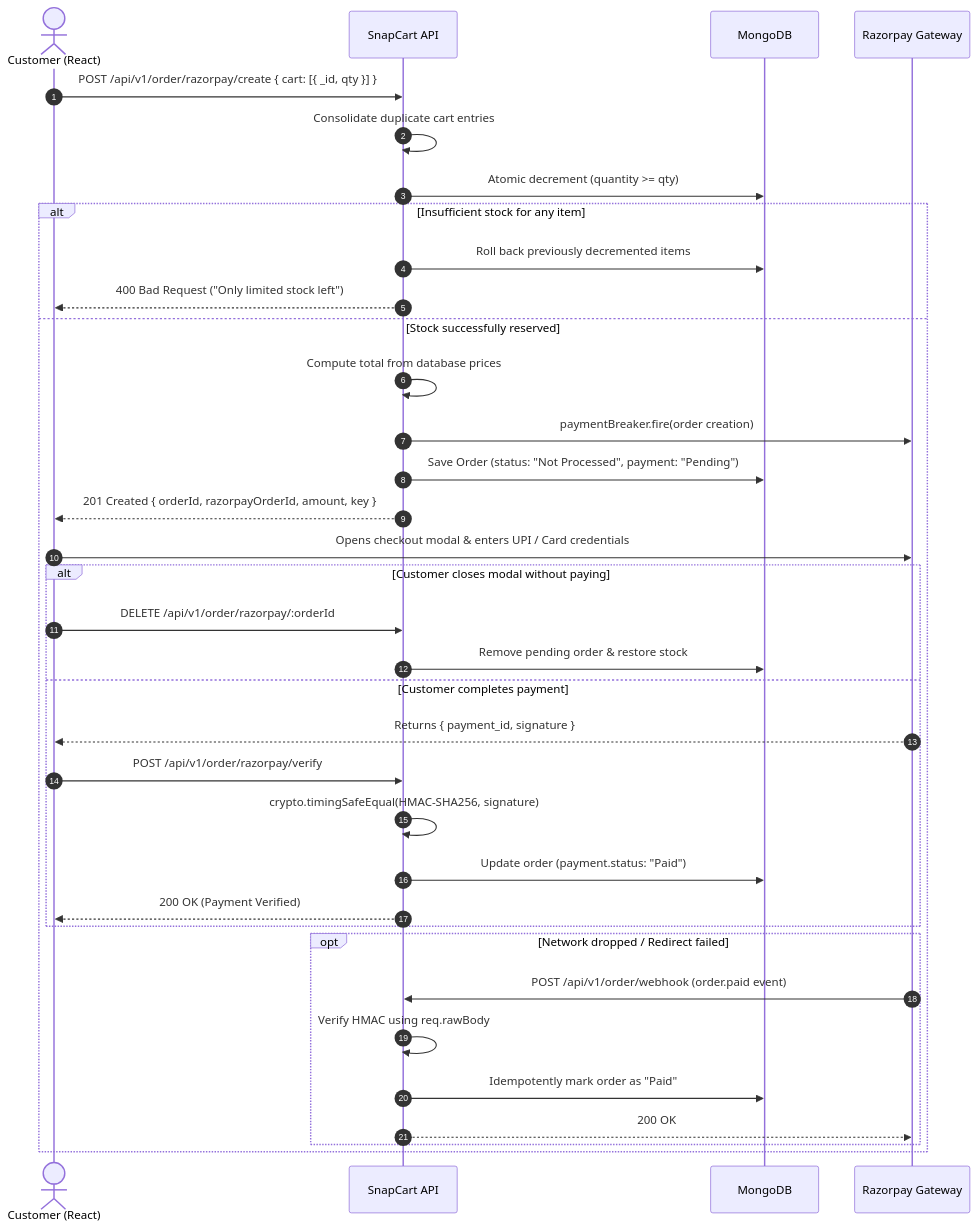
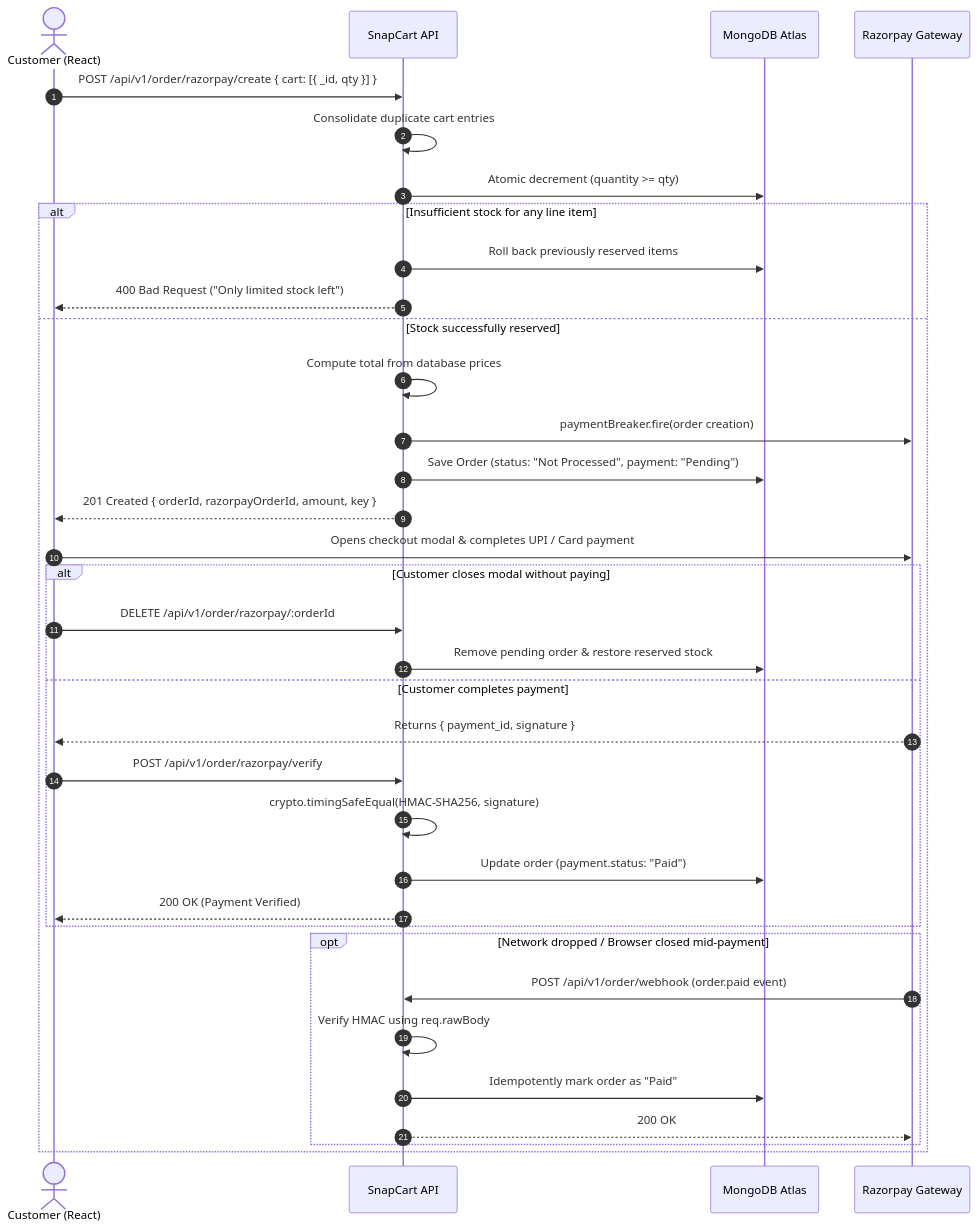
One commit to akshit-max/SnapCart-Ecommerce-APP changed the second of 2 diagrams in README.md. Above: the diagram before and after it, drawn with Mermaid. The commit also changed other lines of this file and 1 other file, not shown here.

````diff
--- a/README.md
+++ b/README.md
@@ -190,40 +283,40 @@
 ```mermaid
 sequenceDiagram
     autonumber
     actor Customer as Customer (React)
     participant API as SnapCart API
-    participant DB as MongoDB
+    participant DB as MongoDB Atlas
     participant PGW as Razorpay Gateway
 
     Customer->>API: POST /api/v1/order/razorpay/create { cart: [{ _id, qty }] }
     API->>API: Consolidate duplicate cart entries
     API->>DB: Atomic decrement (quantity >= qty)
-    alt Insufficient stock for any item
-        API->>DB: Roll back previously decremented items
+    alt Insufficient stock for any line item
+        API->>DB: Roll back previously reserved items
         API-->>Customer: 400 Bad Request ("Only limited stock left")
     else Stock successfully reserved
         API->>API: Compute total from database prices
         API->>PGW: paymentBreaker.fire(order creation)
         API->>DB: Save Order (status: "Not Processed", payment: "Pending")
         API-->>Customer: 201 Created { orderId, razorpayOrderId, amount, key }
-        Customer->>PGW: Opens checkout modal & enters UPI / Card credentials
+        Customer->>PGW: Opens checkout modal & completes UPI / Card payment
         
         alt Customer closes modal without paying
             Customer->>API: DELETE /api/v1/order/razorpay/:orderId
-            API->>DB: Remove pending order & restore stock
+            API->>DB: Remove pending order & restore reserved stock
         else Customer completes payment
             PGW-->>Customer: Returns { payment_id, signature }
             Customer->>API: POST /api/v1/order/razorpay/verify
             API->>API: crypto.timingSafeEqual(HMAC-SHA256, signature)
             API->>DB: Update order (payment.status: "Paid")
             API-->>Customer: 200 OK (Payment Verified)
         end
         
-        opt Network dropped / Redirect failed
+        opt Network dropped / Browser closed mid-payment
             PGW->>API: POST /api/v1/order/webhook (order.paid event)
             API->>API: Verify HMAC using req.rawBody
             API->>DB: Idempotently mark order as "Paid"
             API-->>PGW: 200 OK
         end
     end
 ```
````
